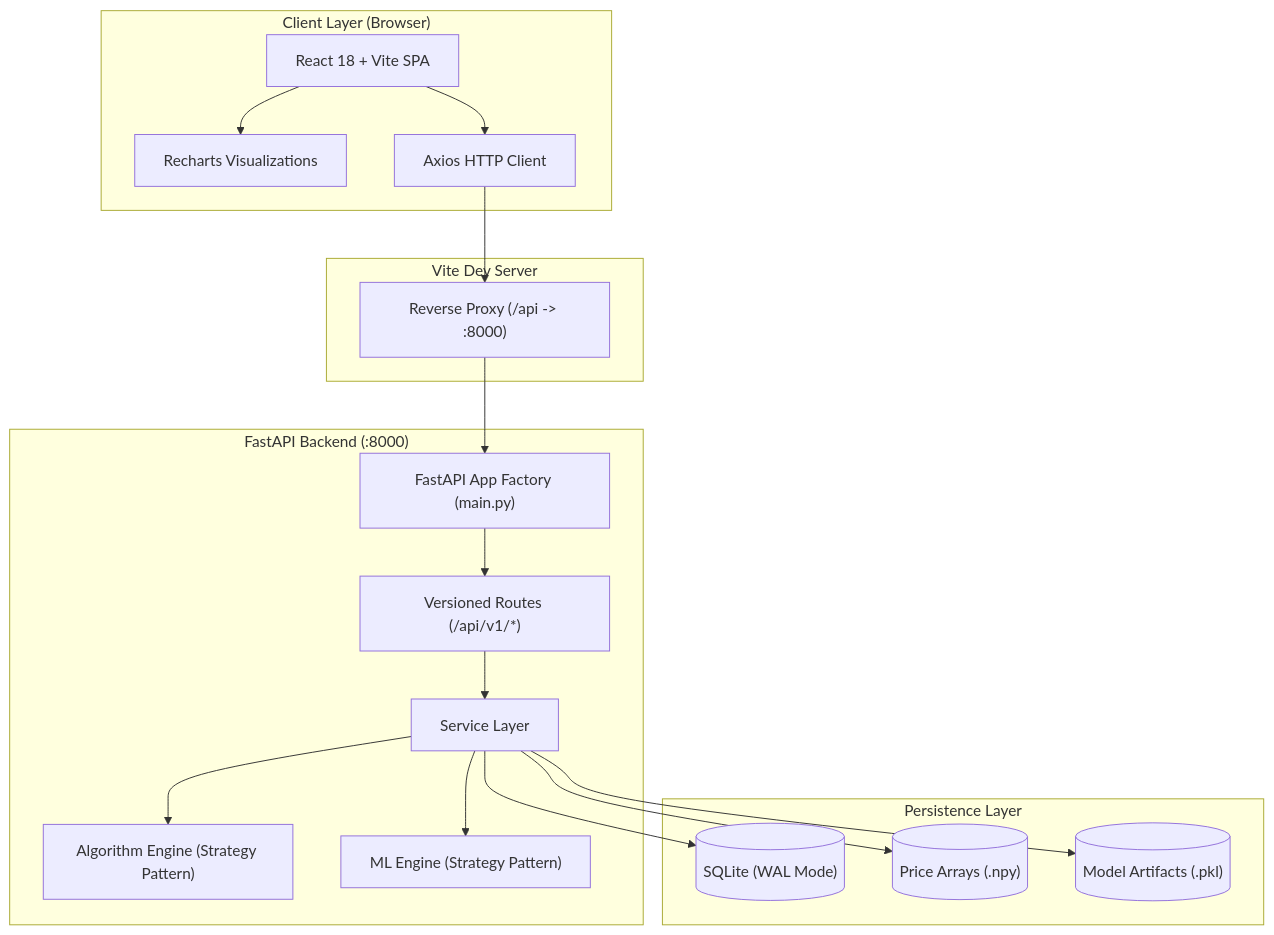
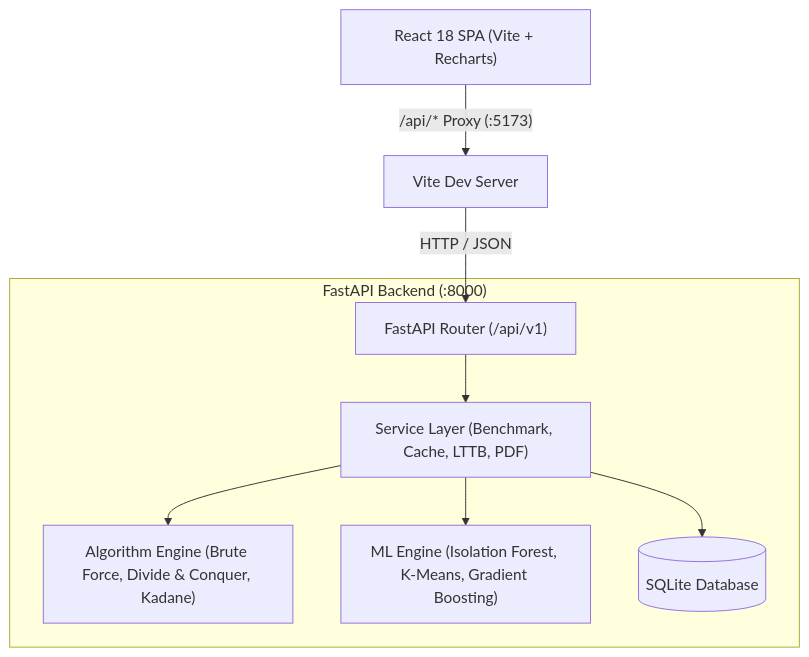
One commit to Omiiii04/DAA changed the diagram in README.md. Above: the diagram before and after it, drawn with Mermaid. The commit also changed other lines of this file, not shown here.

````diff
--- a/README.md
+++ b/README.md
@@ -80,39 +139,12 @@
 ```mermaid
 graph TD
-    subgraph Client ["Client Layer (Browser)"]
-        UI["React 18 + Vite SPA"]
-        Recharts["Recharts Visualizations"]
-        Axios["Axios HTTP Client"]
-        UI --> Recharts
-        UI --> Axios
-    end
-
-    subgraph Proxy ["Vite Dev Server"]
-        DevServer["Reverse Proxy (/api -> :8000)"]
-        Axios --> DevServer
-    end
-
+    Client["React 18 SPA (Vite + Recharts)"] -->|"/api/* Proxy (:5173)"| Proxy["Vite Dev Server"]
+    Proxy -->|HTTP / JSON| API["FastAPI Router (/api/v1)"]
+  
     subgraph Backend ["FastAPI Backend (:8000)"]
-        API["FastAPI App Factory (main.py)"]
-        Routes["Versioned Routes (/api/v1/*)"]
-        Services["Service Layer"]
-        AlgoEngine["Algorithm Engine (Strategy Pattern)"]
-        MLEngine["ML Engine (Strategy Pattern)"]
-
-        DevServer --> API
-        API --> Routes
-        Routes --> Services
-        Services --> AlgoEngine
-        Services --> MLEngine
-    end
-
-    subgraph Storage ["Persistence Layer"]
-        SQLite[("SQLite (WAL Mode)")]
-        NpyFiles[("Price Arrays (.npy)")]
-        MLModels[("Model Artifacts (.pkl)")]
-
-        Services --> SQLite
-        Services --> NpyFiles
-        Services --> MLModels
+        API --> Services["Service Layer (Benchmark, Cache, LTTB, PDF)"]
+        Services --> AlgoEngine["Algorithm Engine (Brute Force, Divide & Conquer, Kadane)"]
+        Services --> MLEngine["ML Engine (Isolation Forest, K-Means, Gradient Boosting)"]
+        Services --> DB[(SQLite Database)]
     end
 ```
````
